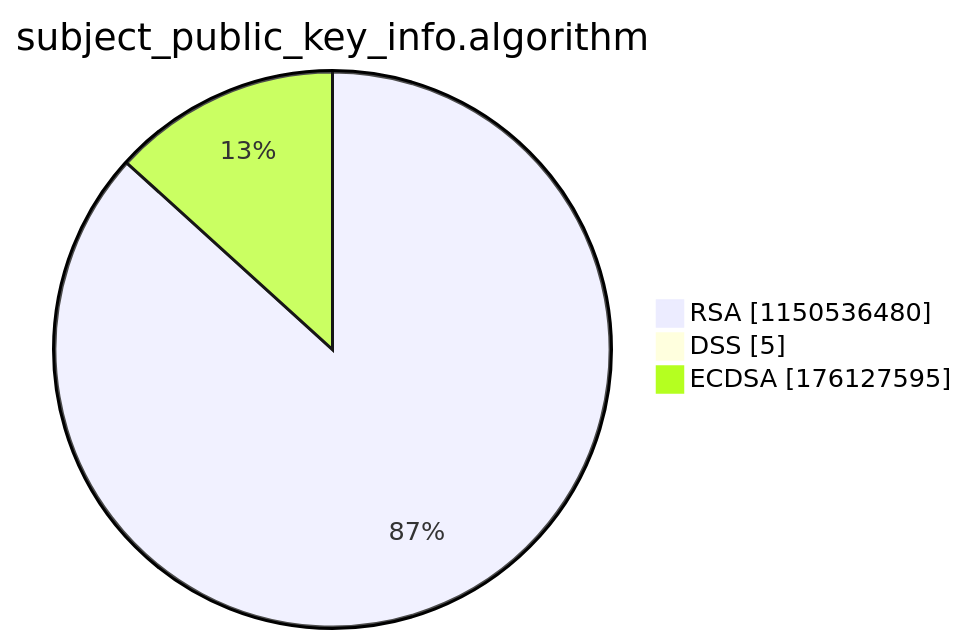
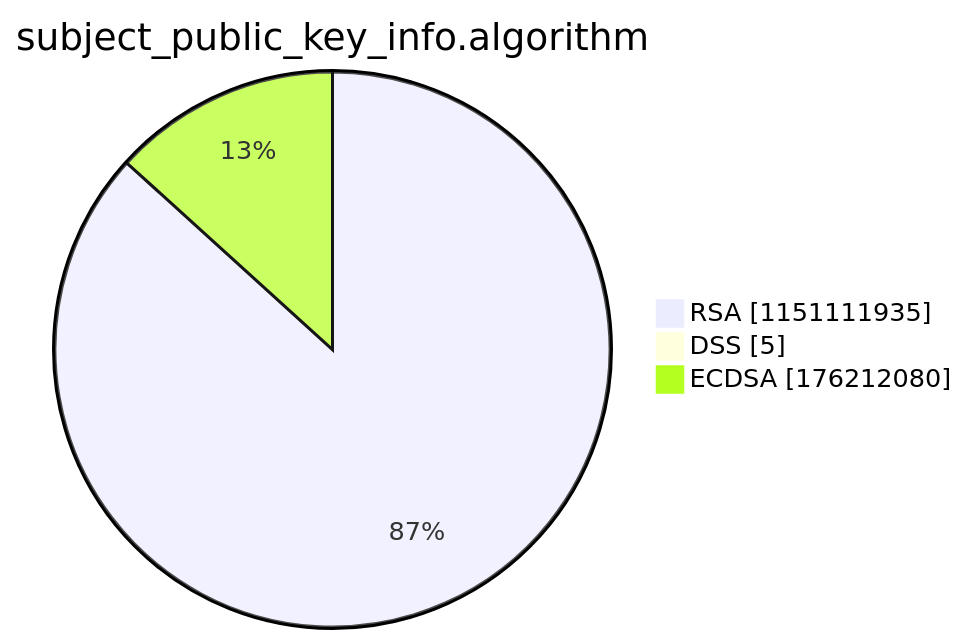
The third of 15 diagrams in argon2022/README.md (christiankrug/ctmonitor_visualization), drawn with Mermaid before and after one commit. The commit also changed other lines of this file, not shown here.

````diff
--- a/argon2022/README.md
+++ b/argon2022/README.md
@@ -14,7 +14,7 @@
 ```mermaid
 pie showData
 title subject_public_key_info.algorithm
-"RSA" :1150536480
+"RSA" :1151111935
 "DSS" :5
-"ECDSA" :176127595
+"ECDSA" :176212080
 ```
````
